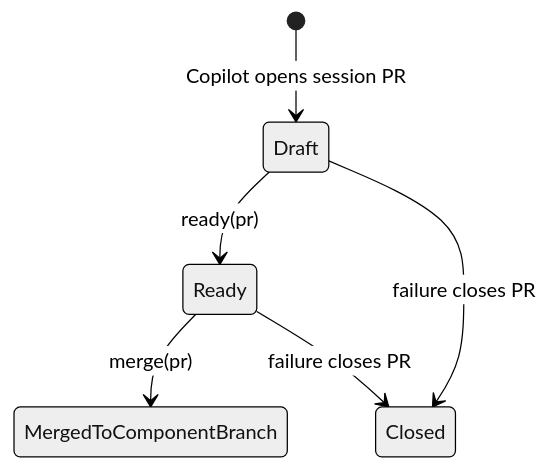
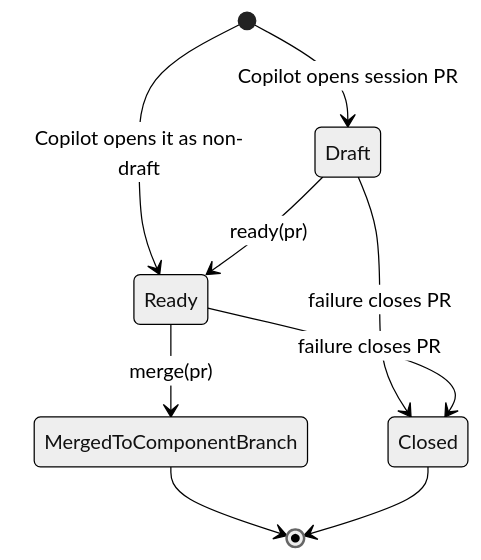
Before and after one commit to vishalc412/bible-mode-b-test: the fifth of 7 diagrams in codebase-analysis/hld/04-data-architecture.md, drawn with Mermaid (neutral theme). The commit also changed other lines of this file and 38 other files, not shown here.

````diff
--- a/codebase-analysis/hld/04-data-architecture.md
+++ b/codebase-analysis/hld/04-data-architecture.md
@@ -119,8 +147,11 @@
 ```mermaid
 stateDiagram-v2
   [*] --> Draft : Copilot opens session PR
+  [*] --> Ready : Copilot opens it as non-draft
   Draft --> Ready : ready(pr)
   Ready --> MergedToComponentBranch : merge(pr)
   Draft --> Closed : failure closes PR
   Ready --> Closed : failure closes PR
+  MergedToComponentBranch --> [*]
+  Closed --> [*]
 ```
````
